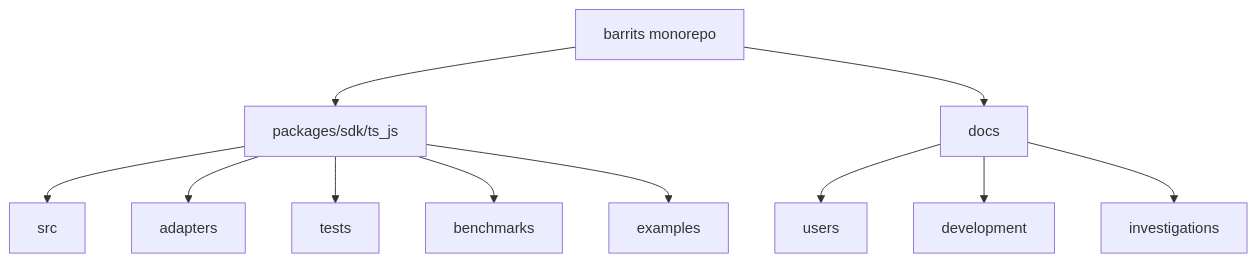
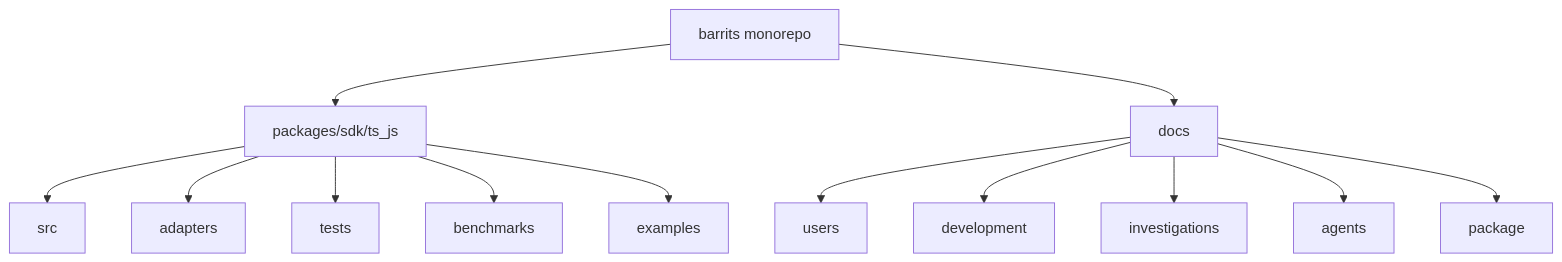
The second of 2 diagrams in README.md (zuccadev-labs/Barrits), drawn with Mermaid before and after one commit. The commit also changed other lines of this file and 147 other files, not shown here.

````diff
--- a/README.md
+++ b/README.md
@@ -117,13 +66,15 @@
 ```mermaid
 flowchart TD
   R[barrits monorepo] --> S[packages/sdk/ts_js]
   S --> C1[src]
   S --> C2[adapters]
   S --> C3[tests]
   S --> C4[benchmarks]
   S --> C5[examples]
   R --> D[docs]
   D --> D1[users]
   D --> D2[development]
   D --> D3[investigations]
+  D --> D4[agents]
+  D --> D5[package]
 ```
````
